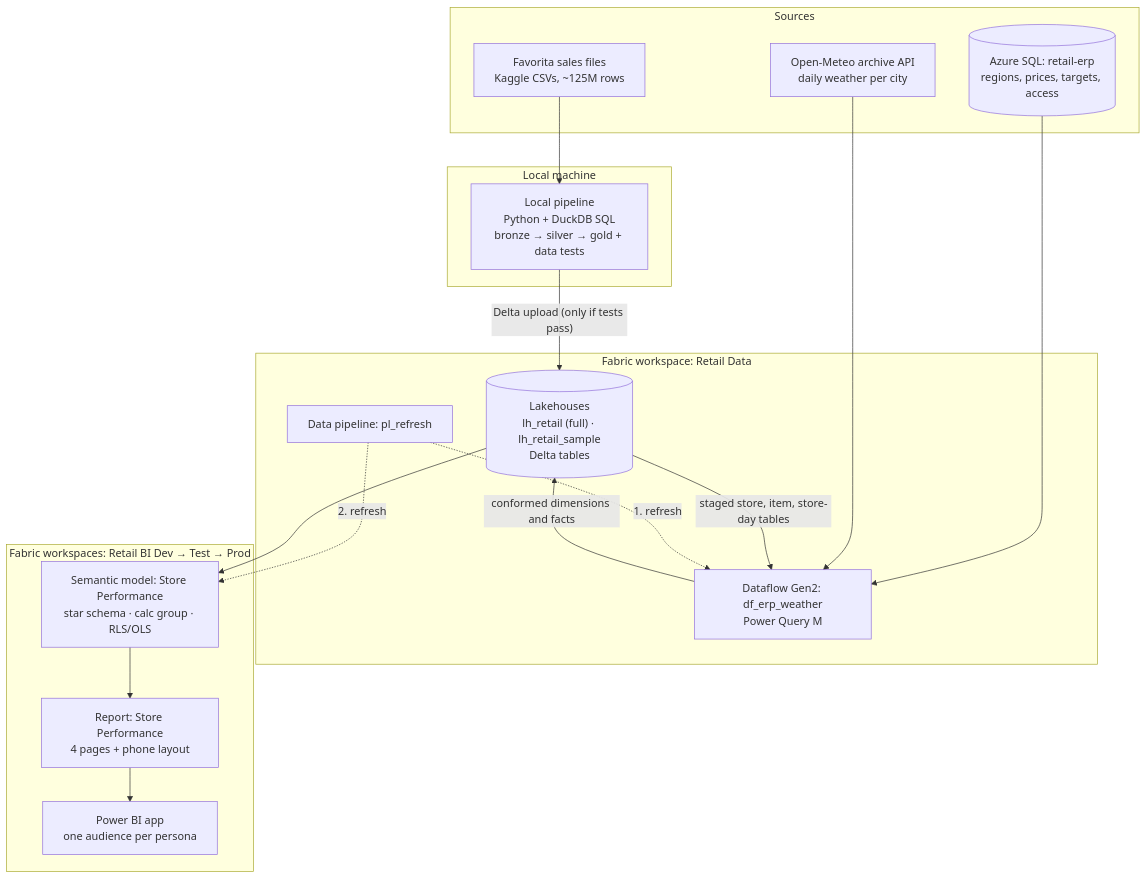
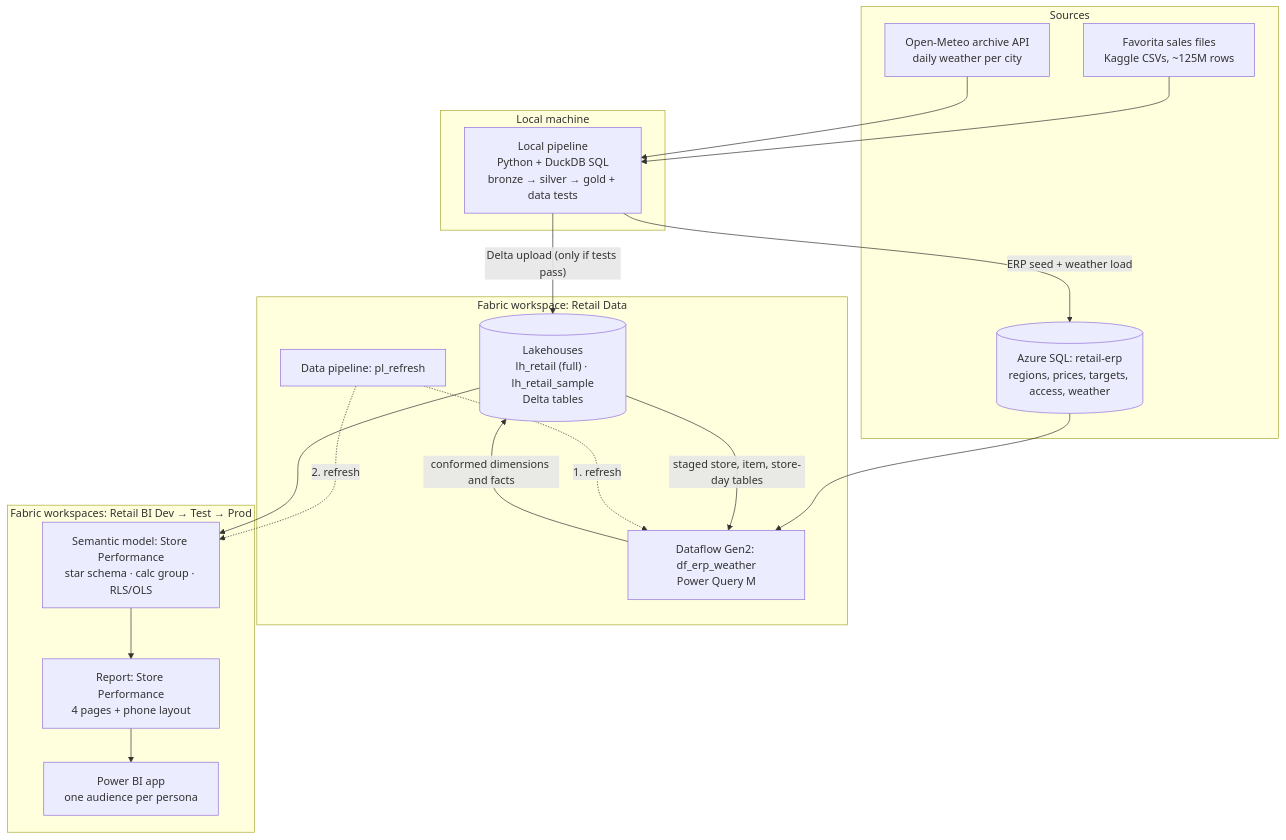
Before and after one commit to zakaria17amir/store-performance-fabric: the first of 3 diagrams in docs/architecture.md, drawn with Mermaid. The commit also changed other lines of this file and 14 other files, not shown here.

Commit message:
feat: load daily weather into the ERP database; the dataflow joins it instead of calling the API

````diff
--- a/docs/architecture.md
+++ b/docs/architecture.md
@@ -14,30 +14,31 @@
 ```mermaid
 flowchart TB
     subgraph SRC[Sources]
         K["Favorita sales files<br/>Kaggle CSVs, ~125M rows"]
-        S[("Azure SQL: retail-erp<br/>regions, prices, targets, access")]
+        S[("Azure SQL: retail-erp<br/>regions, prices, targets, access, weather")]
         W["Open-Meteo archive API<br/>daily weather per city"]
     end
     subgraph LOCAL[Local machine]
         P["Local pipeline<br/>Python + DuckDB SQL<br/>bronze → silver → gold + data tests"]
     end
     subgraph DATA["Fabric workspace: Retail Data"]
         LH[("Lakehouses<br/>lh_retail (full) · lh_retail_sample<br/>Delta tables")]
         DF["Dataflow Gen2: df_erp_weather<br/>Power Query M"]
         PL["Data pipeline: pl_refresh"]
     end
     subgraph BI["Fabric workspaces: Retail BI Dev → Test → Prod"]
         SM["Semantic model: Store Performance<br/>star schema · calc group · RLS/OLS"]
         R["Report: Store Performance<br/>4 pages + phone layout"]
         APP["Power BI app<br/>one audience per persona"]
     end
     K --> P
     P -->|"Delta upload (only if tests pass)"| LH
+    W --> P
+    P -->|"ERP seed + weather load"| S
     S --> DF
-    W --> DF
     LH -->|"staged store, item, store-day tables"| DF
     DF -->|"conformed dimensions and facts"| LH
     PL -. "1. refresh" .-> DF
     PL -. "2. refresh" .-> SM
     LH --> SM --> R --> APP
 ```
````
